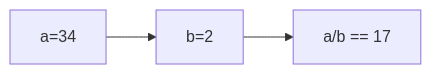
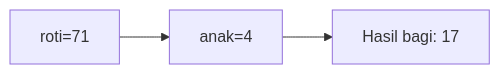
Diagram 11 of 25 in part-c-pemahaman-cpp/01-tipe-data/latihan/set-12.md (amnahwaida/OSNK_INF_PREP), drawn with Mermaid before and after one commit. The commit also changed other lines of this file and 71 other files, not shown here.

````diff
--- a/part-c-pemahaman-cpp/01-tipe-data/latihan/set-12.md
+++ b/part-c-pemahaman-cpp/01-tipe-data/latihan/set-12.md
@@ -294,5 +307,5 @@
 ```mermaid
 graph LR
-A["a=34"] --> B["b=2"]
-B --> C["a/b == 17"]
+A["roti=71"] --> B["anak=4"]
+B --> C["Hasil bagi: 17"]
 ```
````
